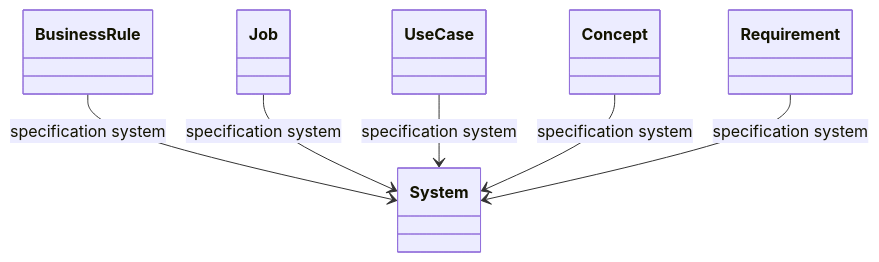
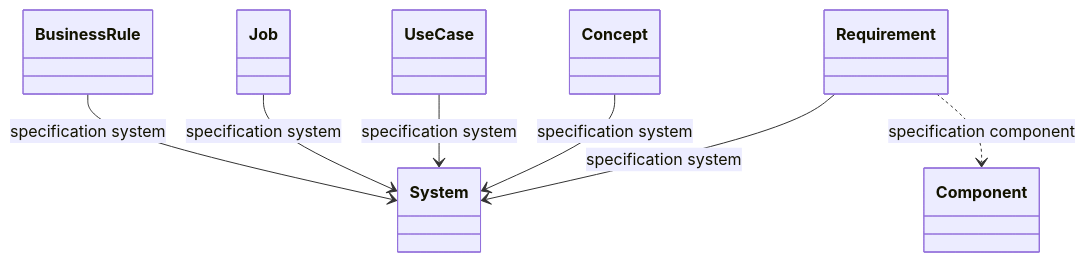
The third of 18 diagrams in docs/reference/model/core.md (craigsmitham/dotspec), drawn with Mermaid before and after one commit. The commit also changed other lines of this file and 172 other files, not shown here.

````diff
--- a/docs/reference/model/core.md
+++ b/docs/reference/model/core.md
@@ -83,15 +90,17 @@
 ```mermaid
 classDiagram
     direction TB
     class System
+    class Component
     class BusinessRule
     class Job
     class UseCase
     class Concept
     class Requirement
     BusinessRule --> System : specification system
     Job --> System : specification system
     UseCase --> System : specification system
     Concept --> System : specification system
+    Requirement ..> Component : specification component
     Requirement --> System : specification system
 ```
````
